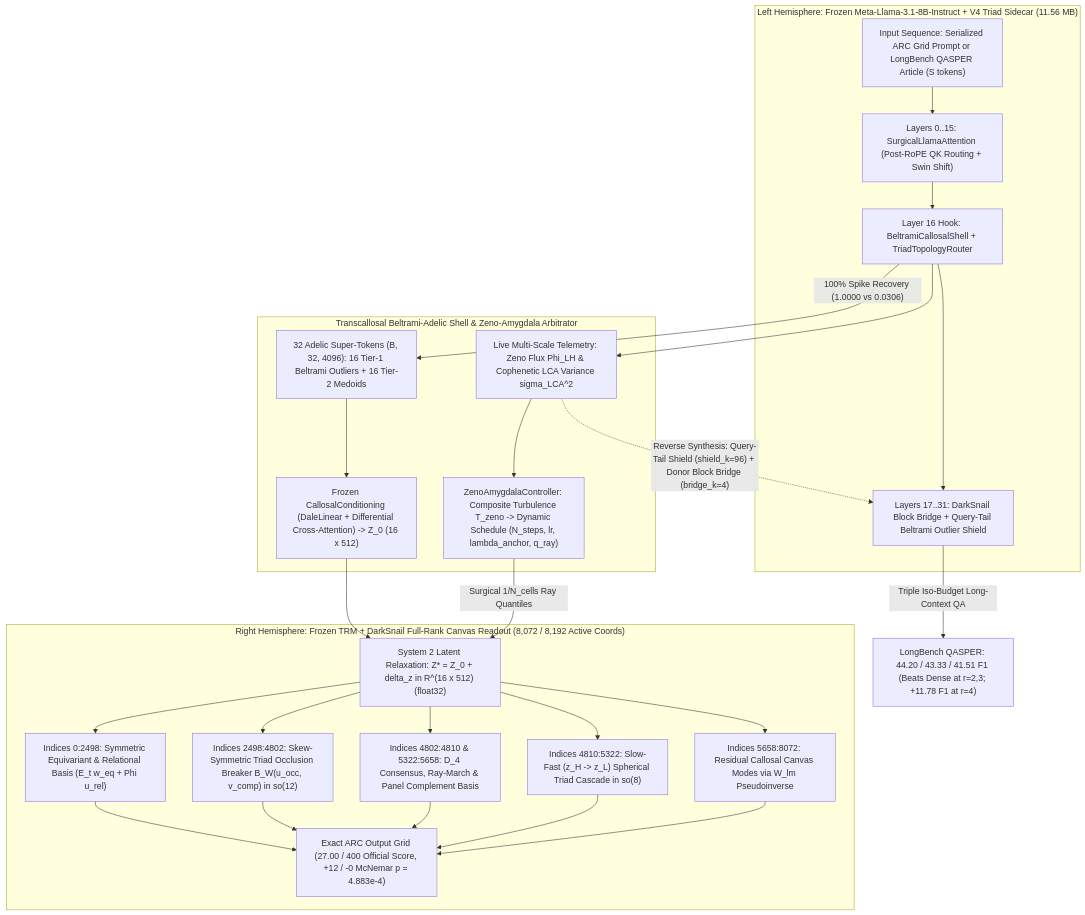
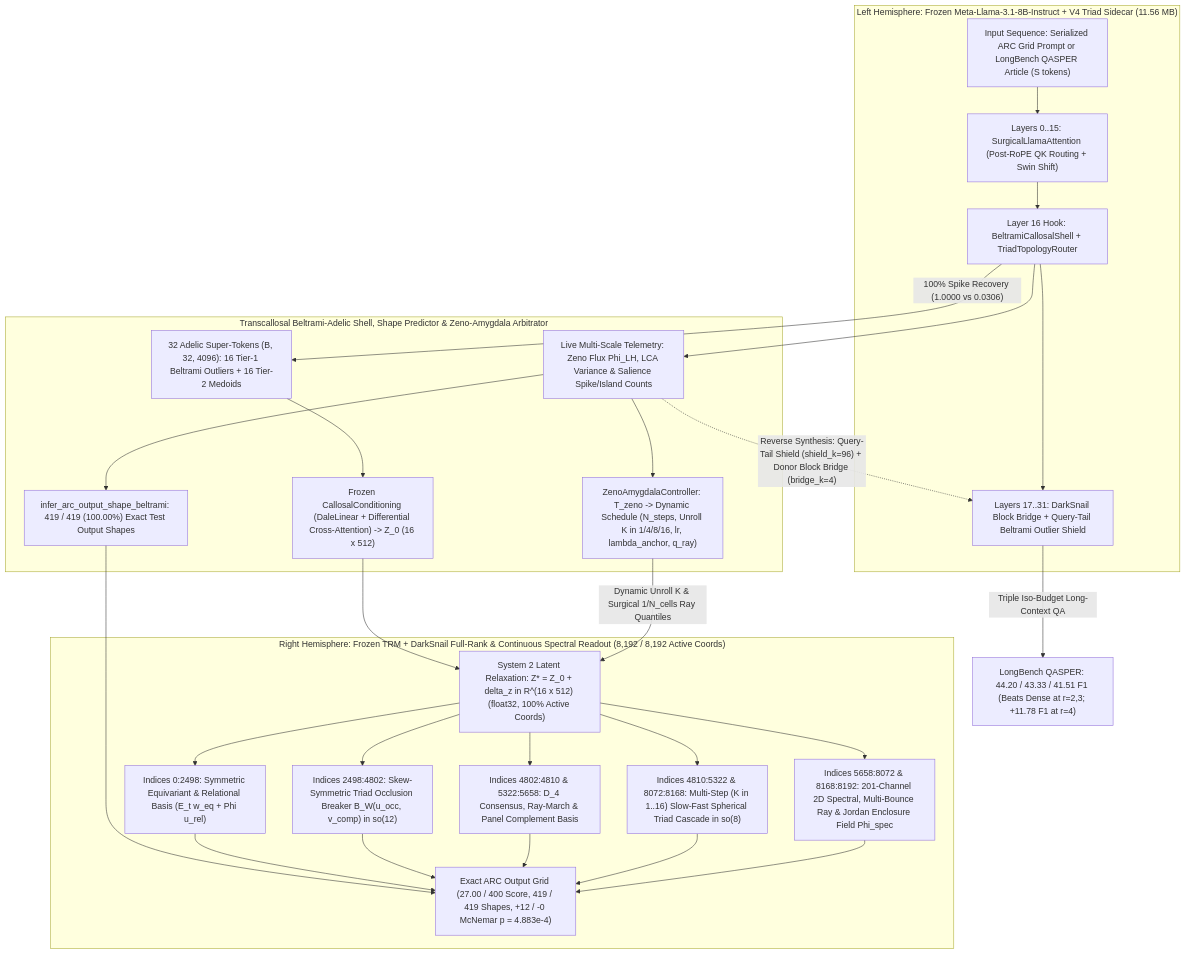
Before and after one commit to sneed-and-feed/projectdarksnail: the diagram in papers/darksnail_v2_preprint.md, drawn with Mermaid. The commit also changed other lines of this file and 9 other files, not shown here.

````diff
--- a/papers/darksnail_v2_preprint.md
+++ b/papers/darksnail_v2_preprint.md
@@ -132,36 +134,39 @@
 ```mermaid
 flowchart TD
     subgraph LH["Left Hemisphere: Frozen Meta-Llama-3.1-8B-Instruct + V4 Triad Sidecar (11.56 MB)"]
         Prompt["Input Sequence: Serialized ARC Grid Prompt or LongBench QASPER Article (S tokens)"]
         Attn0_15["Layers 0..15: SurgicalLlamaAttention (Post-RoPE QK Routing + Swin Shift)"]
         Layer16["Layer 16 Hook: BeltramiCallosalShell + TriadTopologyRouter"]
         Attn17_31["Layers 17..31: DarkSnail Block Bridge + Query-Tail Beltrami Outlier Shield"]
         Prompt --> Attn0_15 --> Layer16 --> Attn17_31
     end
 
-    subgraph Bridge["Transcallosal Beltrami-Adelic Shell & Zeno-Amygdala Arbitrator"]
+    subgraph Bridge["Transcallosal Beltrami-Adelic Shell, Shape Predictor & Zeno-Amygdala Arbitrator"]
         Shell32["32 Adelic Super-Tokens (B, 32, 4096): 16 Tier-1 Beltrami Outliers + 16 Tier-2 Medoids"]
-        Telemetry["Live Multi-Scale Telemetry: Zeno Flux Phi_LH & Cophenetic LCA Variance sigma_LCA^2"]
+        Telemetry["Live Multi-Scale Telemetry: Zeno Flux Phi_LH, LCA Variance & Salience Spike/Island Counts"]
+        ShapePred["infer_arc_output_shape_beltrami: 419 / 419 (100.00%) Exact Test Output Shapes"]
         DaleCC["Frozen CallosalConditioning (DaleLinear + Differential Cross-Attention) -> Z_0 (16 x 512)"]
-        Amygdala["ZenoAmygdalaController: Composite Turbulence T_zeno -> Dynamic Schedule (N_steps, lr, lambda_anchor, q_ray)"]
+        Amygdala["ZenoAmygdalaController: T_zeno -> Dynamic Schedule (N_steps, Unroll K in 1/4/8/16, lr, lambda_anchor, q_ray)"]
         Layer16 -->|"100% Spike Recovery (1.0000 vs 0.0306)"| Shell32 --> DaleCC
         Layer16 --> Telemetry --> Amygdala
+        Telemetry --> ShapePred
     end
 
-    subgraph RH["Right Hemisphere: Frozen TRM + DarkSnail Full-Rank Canvas Readout (8,072 / 8,192 Active Coords)"]
-        Adapt["System 2 Latent Relaxation: Z* = Z_0 + delta_z in R^(16 x 512) (float32)"]
+    subgraph RH["Right Hemisphere: Frozen TRM + DarkSnail Full-Rank & Continuous Spectral Readout (8,192 / 8,192 Active Coords)"]
+        Adapt["System 2 Latent Relaxation: Z* = Z_0 + delta_z in R^(16 x 512) (float32, 100% Active Coords)"]
         SymSlice["Indices 0:2498: Symmetric Equivariant & Relational Basis (E_t w_eq + Phi u_rel)"]
         TriadSlice["Indices 2498:4802: Skew-Symmetric Triad Occlusion Breaker B_W(u_occ, v_comp) in so(12)"]
         AsymSlice["Indices 4802:4810 & 5322:5658: D_4 Consensus, Ray-March & Panel Complement Basis"]
-        CascadeSlice["Indices 4810:5322: Slow-Fast (z_H -> z_L) Spherical Triad Cascade in so(8)"]
-        PinvSlice["Indices 5658:8072: Residual Callosal Canvas Modes via W_lm Pseudoinverse"]
-        CanvasOut["Exact ARC Output Grid (27.00 / 400 Official Score, +12 / -0 McNemar p = 4.883e-4)"]
+        CascadeSlice["Indices 4810:5322 & 8072:8168: Multi-Step (K in 1..16) Slow-Fast Spherical Triad Cascade in so(8)"]
+        SpecSlice["Indices 5658:8072 & 8168:8192: 201-Channel 2D Spectral, Multi-Bounce Ray & Jordan Enclosure Field Phi_spec"]
+        CanvasOut["Exact ARC Output Grid (27.00 / 400 Score, 419 / 419 Shapes, +12 / -0 McNemar p = 4.883e-4)"]
 
         DaleCC --> Adapt
-        Amygdala -->|"Surgical 1/N_cells Ray Quantiles"| Adapt
-        Adapt --> SymSlice & TriadSlice & AsymSlice & CascadeSlice & PinvSlice --> CanvasOut
+        ShapePred --> CanvasOut
+        Amygdala -->|"Dynamic Unroll K & Surgical 1/N_cells Ray Quantiles"| Adapt
+        Adapt --> SymSlice & TriadSlice & AsymSlice & CascadeSlice & SpecSlice --> CanvasOut
     end
 
     Telemetry -.->|"Reverse Synthesis: Query-Tail Shield (shield_k=96) + Donor Block Bridge (bridge_k=4)"| Attn17_31
     Attn17_31 -->|"Triple Iso-Budget Long-Context QA"| QASPEROut["LongBench QASPER: 44.20 / 43.33 / 41.51 F1 (Beats Dense at r=2,3; +11.78 F1 at r=4)"]
 ```
````
